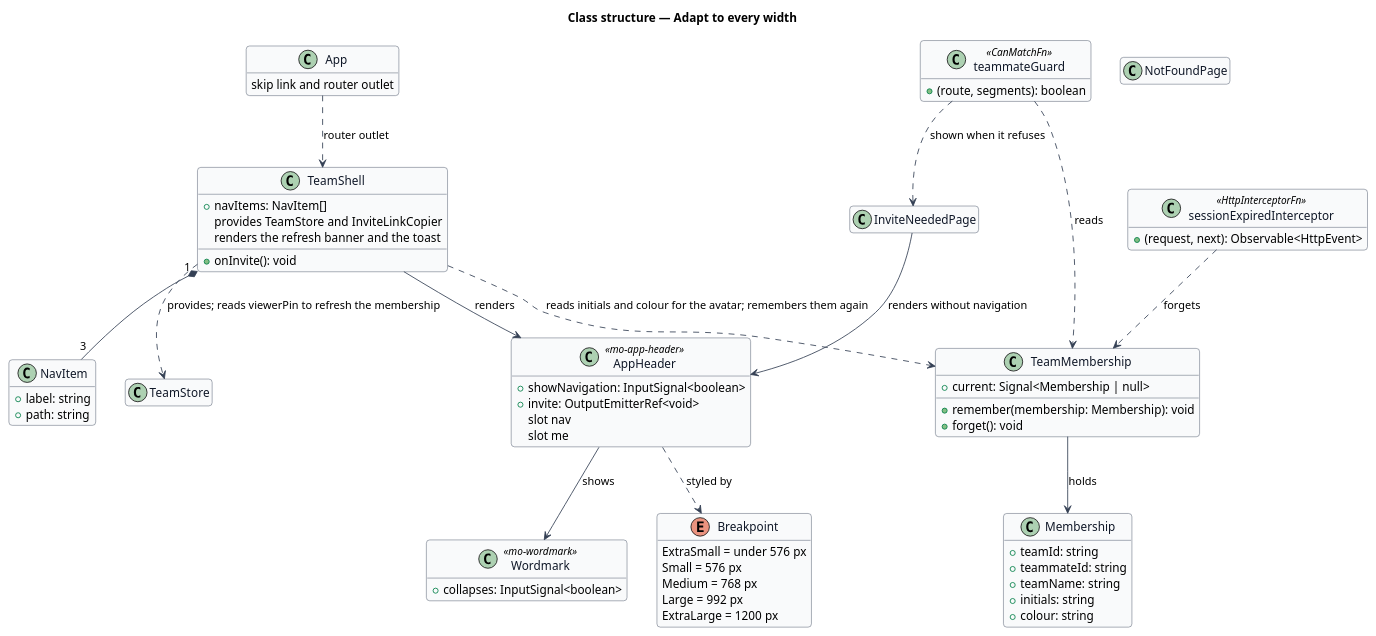
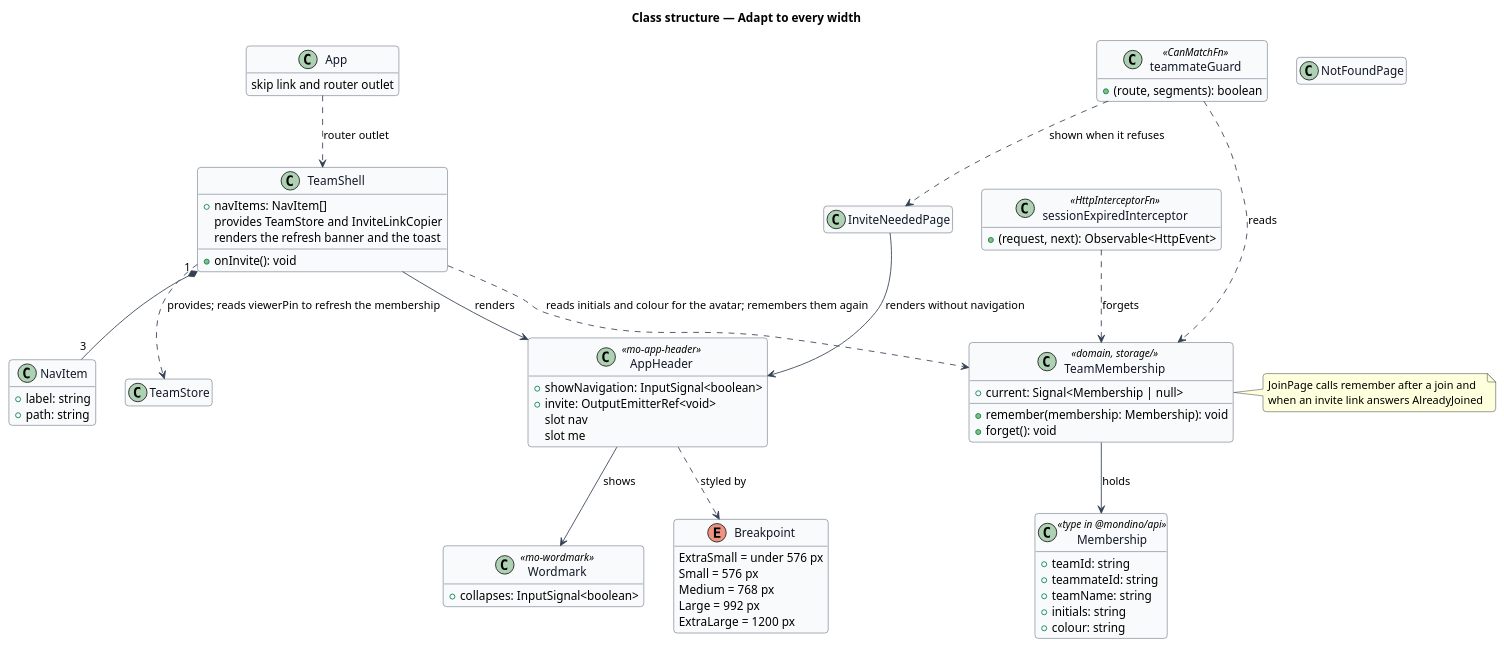
The diagram in docs/detailed-designs/platform/adapt-to-every-width/diagrams/class-structure.puml (QuinntyneBrown/Mondino), drawn with PlantUML before and after one commit. The commit also changed 2 other files, not shown here.

Commit message:
Make the team, profile and platform hand-offs agree: ninth pass
Claude-Session: https://claude.ai/code/session_01GLzf8ra7T3G1EpMQnDrD4w

```diff
--- a/docs/detailed-designs/platform/adapt-to-every-width/diagrams/class-structure.puml
+++ b/docs/detailed-designs/platform/adapt-to-every-width/diagrams/class-structure.puml
@@ -1,93 +1,94 @@
 @startuml
 skinparam backgroundColor #FFFFFF
 skinparam shadowing false
 skinparam roundcorner 8
 skinparam defaultFontName Arial
 skinparam ArrowColor #344054
 skinparam class {
   BorderColor #344054
   FontColor #101828
   BackgroundColor #F9FAFB
 }
 hide empty members
 title Class structure — Adapt to every width
 
 enum Breakpoint {
   ExtraSmall = under 576 px
   Small = 576 px
   Medium = 768 px
   Large = 992 px
   ExtraLarge = 1200 px
 }
 
 class App {
   skip link and router outlet
 }
 
 class TeamShell {
   +navItems: NavItem[]
   provides TeamStore and InviteLinkCopier
   renders the refresh banner and the toast
   +onInvite(): void
 }
 
 class NavItem {
   +label: string
   +path: string
 }
 
 class AppHeader <<mo-app-header>> {
   +showNavigation: InputSignal<boolean>
   +invite: OutputEmitterRef<void>
   slot nav
   slot me
 }
 
 class Wordmark <<mo-wordmark>> {
   +collapses: InputSignal<boolean>
 }
 
-class TeamMembership {
+class TeamMembership <<domain, storage/>> {
   +current: Signal<Membership | null>
   +remember(membership: Membership): void
   +forget(): void
 }
 
-class Membership {
+class Membership <<type in @mondino/api>> {
   +teamId: string
   +teammateId: string
   +teamName: string
   +initials: string
   +colour: string
 }
 
 class teammateGuard <<CanMatchFn>> {
   +(route, segments): boolean
 }
 
 class sessionExpiredInterceptor <<HttpInterceptorFn>> {
   +(request, next): Observable<HttpEvent>
 }
 
 class InviteNeededPage {
 }
 
 class NotFoundPage {
 }
 
 class TeamStore {
 }
 
 App ..> TeamShell : router outlet
 TeamShell --> AppHeader : renders
 TeamShell "1" *-- "3" NavItem
 TeamShell ..> TeamStore : provides; reads viewerPin to refresh the membership
 TeamShell ..> TeamMembership : reads initials and colour for the avatar; remembers them again
 InviteNeededPage --> AppHeader : renders without navigation
 AppHeader --> Wordmark : shows
 AppHeader ..> Breakpoint : styled by
 teammateGuard ..> TeamMembership : reads
 teammateGuard ..> InviteNeededPage : shown when it refuses
 sessionExpiredInterceptor ..> TeamMembership : forgets
 TeamMembership --> Membership : holds
+note right of TeamMembership : JoinPage calls remember after a join and\nwhen an invite link answers AlreadyJoined
 @enduml
```
